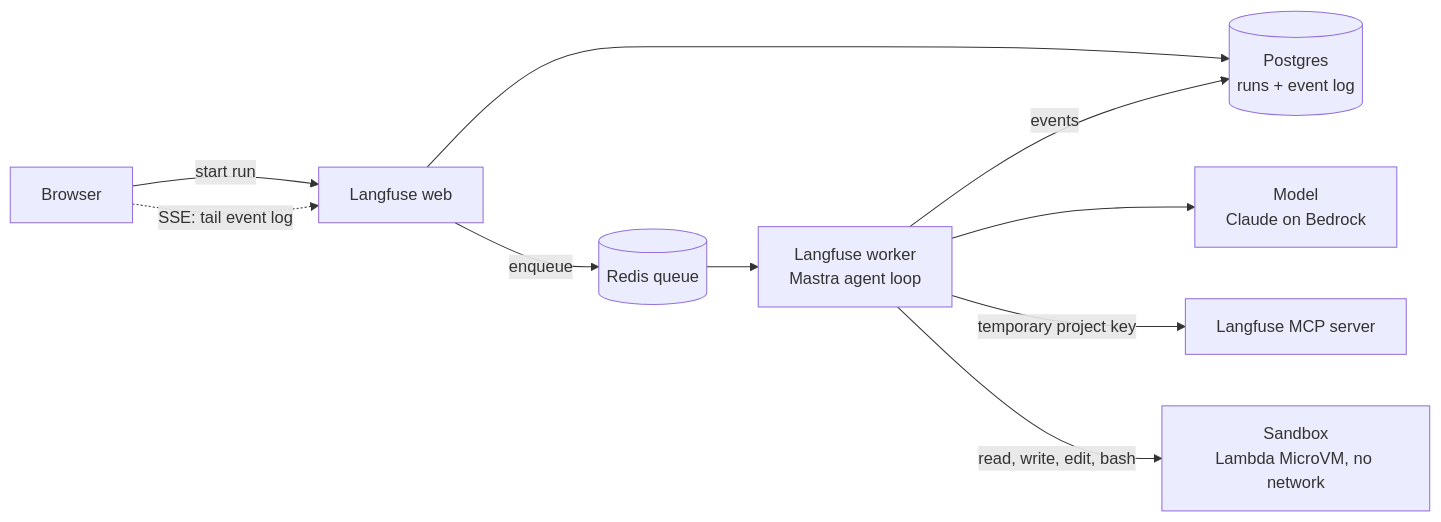
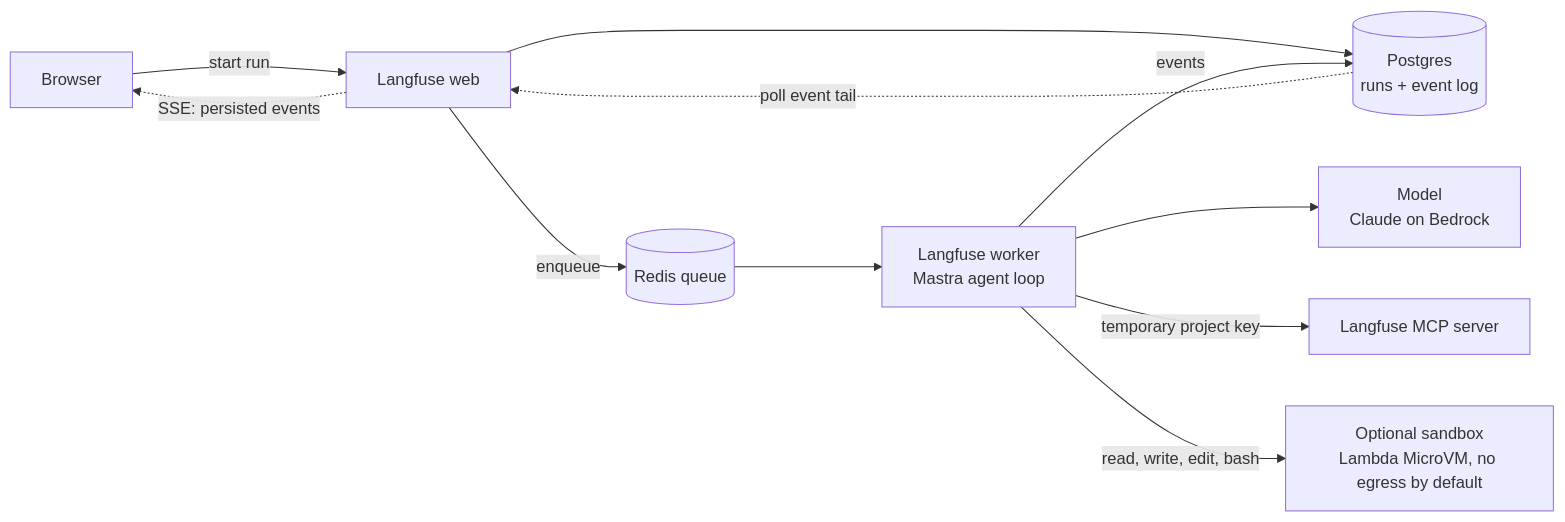
The second of 3 diagrams in content/blog/2026-10-21-building-the-langfuse-assistant.mdx (langfuse/langfuse-docs), drawn with Mermaid before and after one commit. The commit also changed other lines of this file, not shown here.

````diff
--- a/content/blog/2026-10-21-building-the-langfuse-assistant.mdx
+++ b/content/blog/2026-10-21-building-the-langfuse-assistant.mdx
@@ -48,12 +53,13 @@
 ```mermaid
 flowchart LR
   B[Browser] -->|start run| W[Langfuse web]
-  B -.->|SSE: tail event log| W
+  W -.->|SSE: persisted events| B
   W -->|enqueue| Q[(Redis queue)]
   W --> P[(Postgres<br/>runs + event log)]
+  P -.->|poll event tail| W
   Q --> K[Langfuse worker<br/>Mastra agent loop]
   K -->|events| P
   K --> M[Model<br/>Claude on Bedrock]
   K -->|temporary project key| MCP[Langfuse MCP server]
-  K -->|read, write, edit, bash| S[Sandbox<br/>Lambda MicroVM, no network]
+  K -->|read, write, edit, bash| S[Optional sandbox<br/>Lambda MicroVM, no egress by default]
 ```
````
